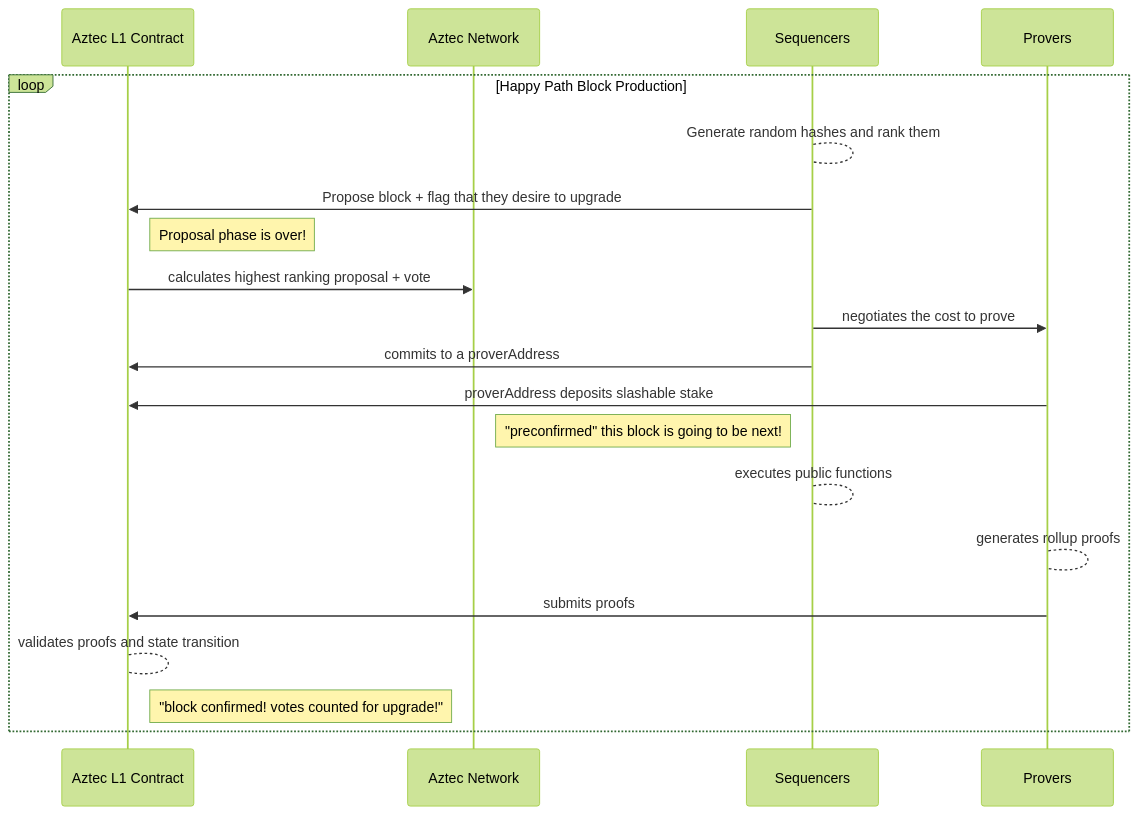
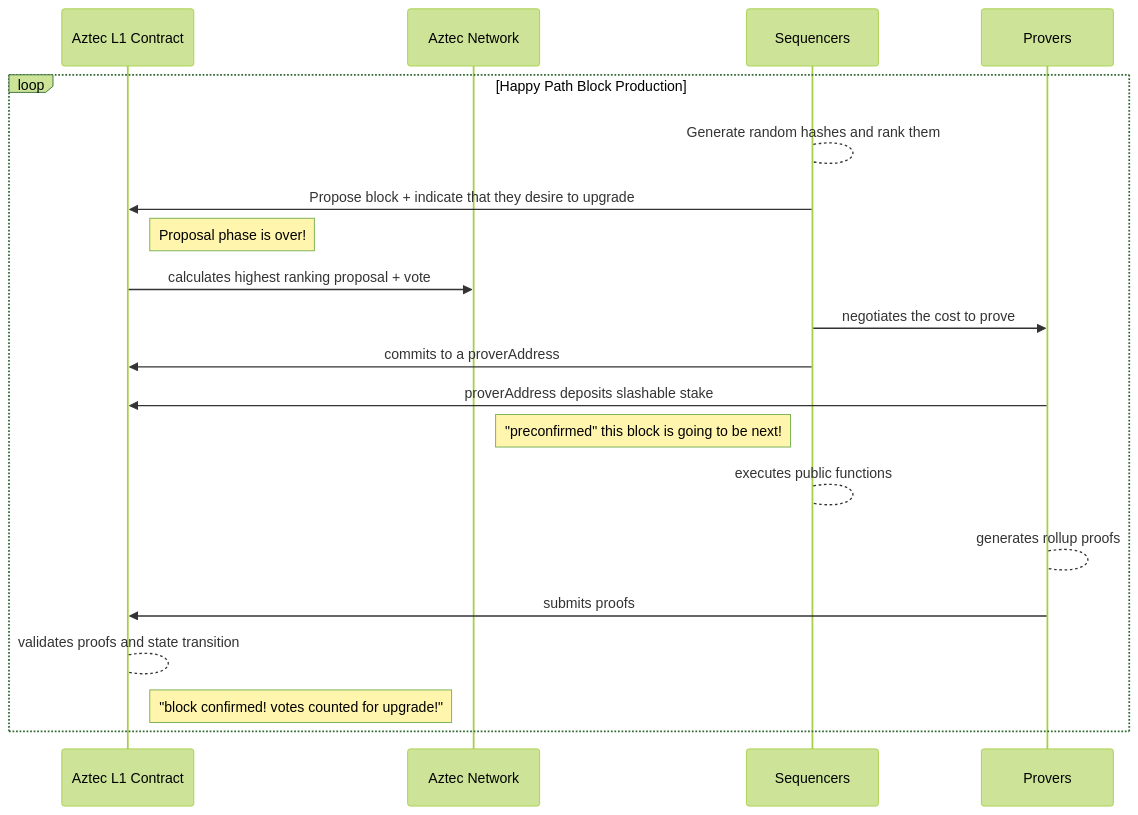
Before and after one commit to AztecProtocol/aztec-packages: the seventh of 9 diagrams in yellow-paper/docs/decentralisation/block_production.md, drawn with Mermaid (forest theme). The commit also changed other lines of this file and 1 other file, not shown here.

Commit message:
chore: add figure + update diagram

````diff
--- a/yellow-paper/docs/decentralisation/block_production.md
+++ b/yellow-paper/docs/decentralisation/block_production.md
@@ -304,24 +312,24 @@
 ```mermaid
 sequenceDiagram
 
 participant Contract as Aztec L1 Contract
 participant Network as Aztec Network
 participant Sequencers
 participant Provers
 
 loop Happy Path Block Production
     Sequencers --> Sequencers: Generate random hashes and rank them
-    Sequencers ->> Contract: Propose block + flag that they desire to upgrade
+    Sequencers ->> Contract: Propose block + indicate that they desire to upgrade
     Note right of Contract: Proposal phase is over!
     Contract ->> Network: calculates highest ranking proposal + vote
     Sequencers ->> Provers: negotiates the cost to prove
     Sequencers ->> Contract: commits to a proverAddress
     Provers ->> Contract: proverAddress deposits slashable stake
     Note right of Network: "preconfirmed" this block is going to be next!
     Sequencers --> Sequencers: executes public functions
     Provers --> Provers: generates rollup proofs
     Provers ->> Contract: submits proofs
     Contract --> Contract: validates proofs and state transition
     Note right of Contract: "block confirmed! votes counted for upgrade!"
 end 
 ```
````
